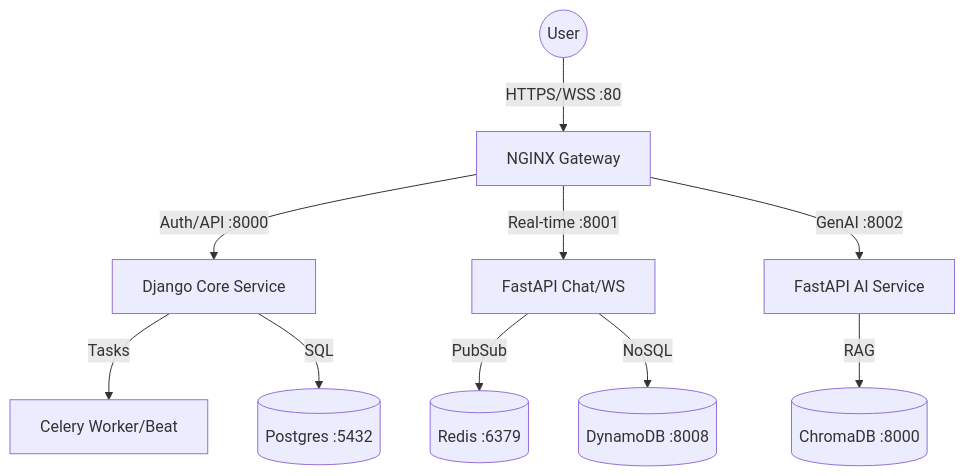
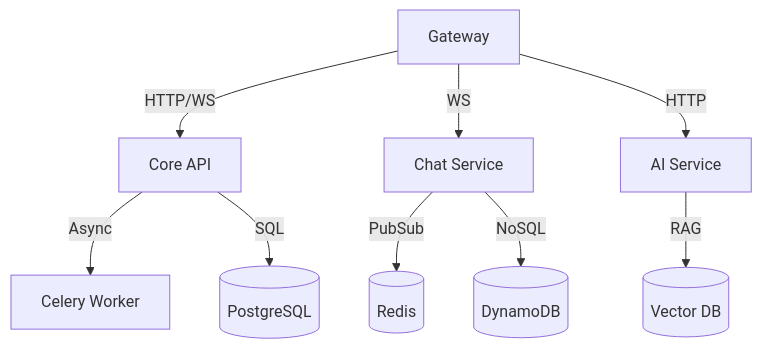
Before and after one commit to jithin-jz/clashcode: the diagram in services/README.md, drawn with Mermaid. The commit also changed other lines of this file and 8 other files, not shown here.

````diff
--- a/services/README.md
+++ b/services/README.md
@@ -11,15 +12,14 @@
 ```mermaid
 graph TD
-    User((User)) -->|HTTPS/WSS :80| Nginx[NGINX Gateway]
-    Nginx -->|Auth/API :8000| Core[Django Core Service]
-    Nginx -->|Real-time :8001| Chat[FastAPI Chat/WS]
-    Nginx -->|GenAI :8002| AI[FastAPI AI Service]
+    Gateway[Gateway] -->|HTTP/WS| Core[Core API]
+    Gateway -->|WS| Chat[Chat Service]
+    Gateway -->|HTTP| AI[AI Service]
     
-    Core -->|Tasks| Celery[Celery Worker/Beat]
-    Core -->|SQL| DB[(Postgres :5432)]
+    Core -->|Async| Celery[Celery Worker]
+    Core -->|SQL| Postgres[(PostgreSQL)]
     
-    Chat -->|PubSub| Redis[(Redis :6379)]
-    Chat -->|NoSQL| Dynamo[(DynamoDB :8008)]
+    Chat -->|PubSub| Redis[(Redis)]
+    Chat -->|NoSQL| Dynamo[(DynamoDB)]
     
-    AI -->|RAG| VectorDB[(ChromaDB :8000)]
+    AI -->|RAG| Vector[(Vector DB)]
 ```
````
